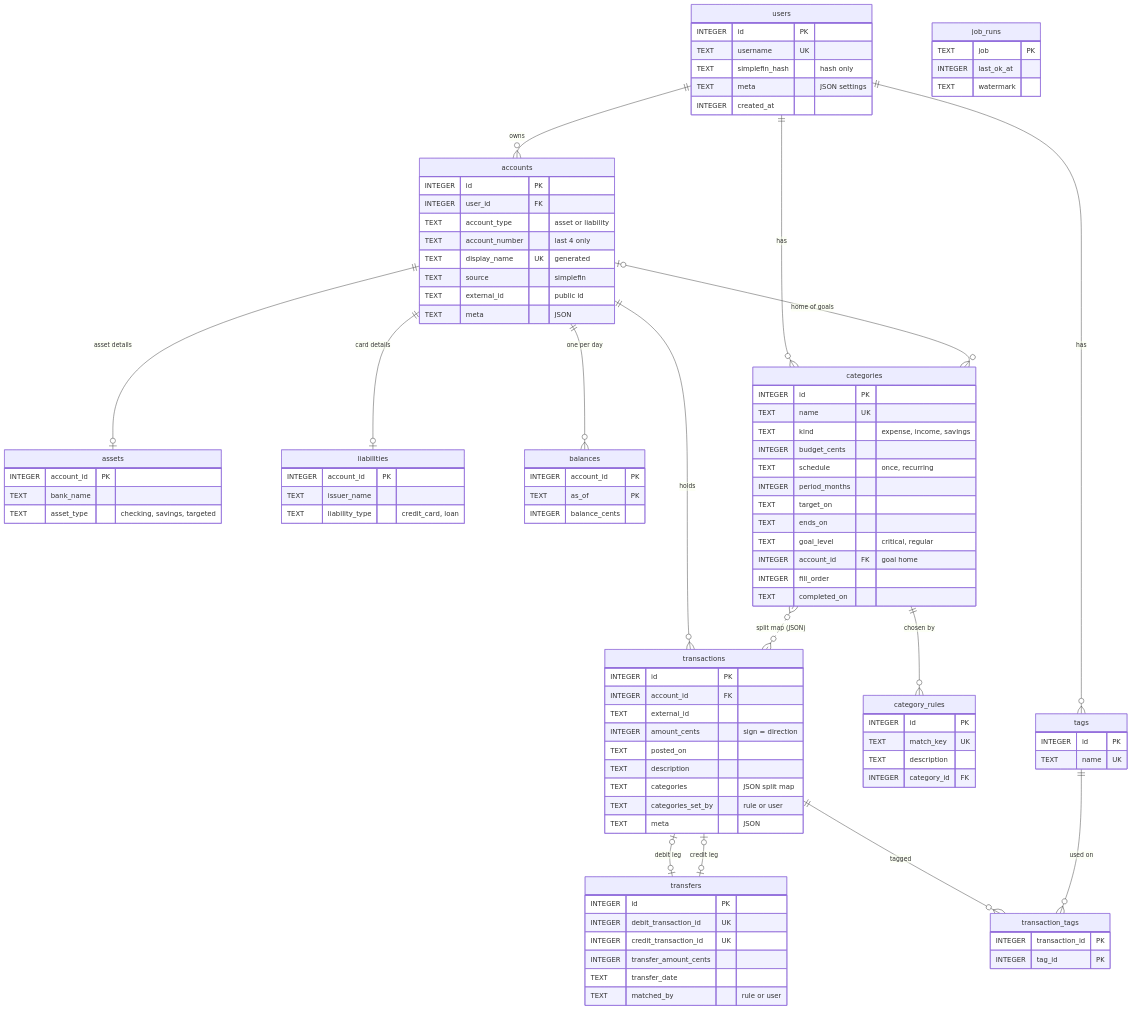
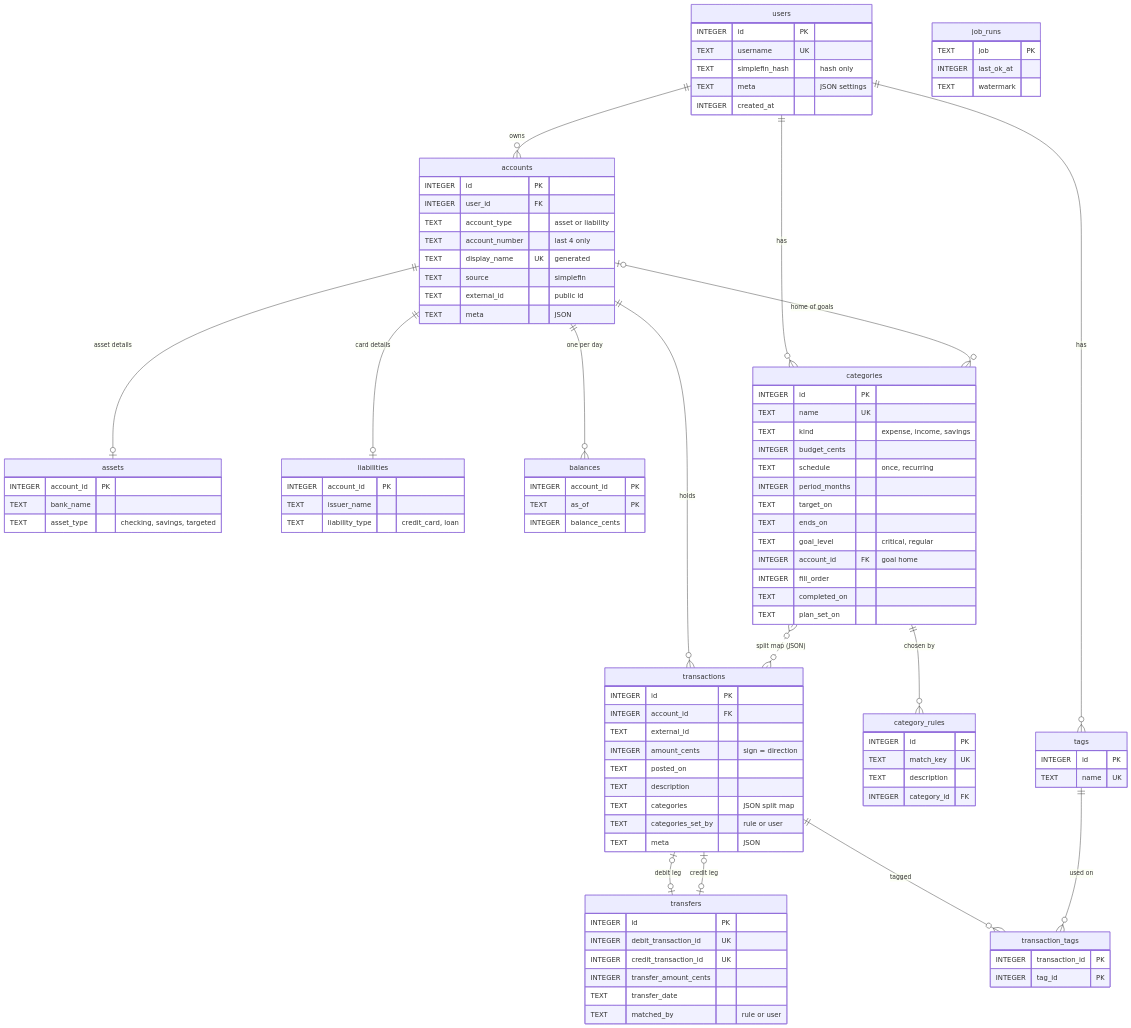
Before and after one commit to blitzave/blitzave: the diagram in SCHEMA.md, drawn with Mermaid. The commit also changed other lines of this file and 10 other files, not shown here.

```diff
--- a/SCHEMA.md
+++ b/SCHEMA.md
@@ -96,6 +96,7 @@
     INTEGER account_id FK "goal home"
     INTEGER fill_order
     TEXT completed_on
+    TEXT plan_set_on
   }
   category_rules {
     INTEGER id PK
```
